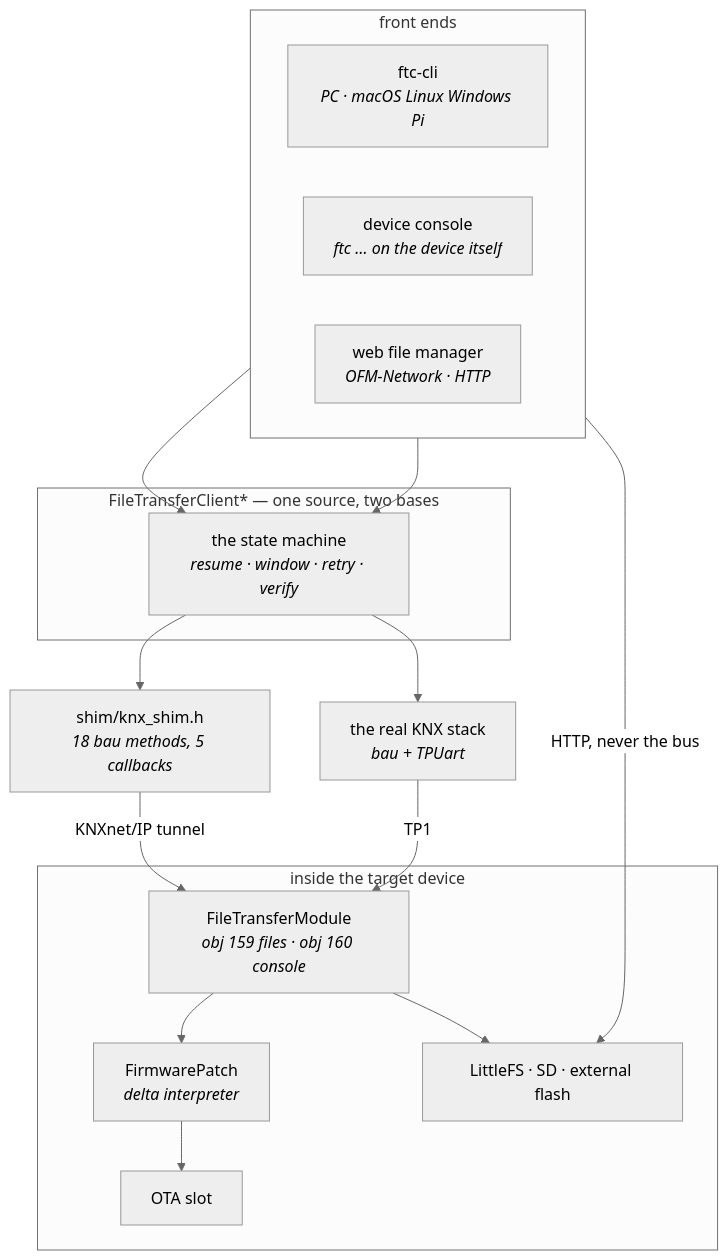
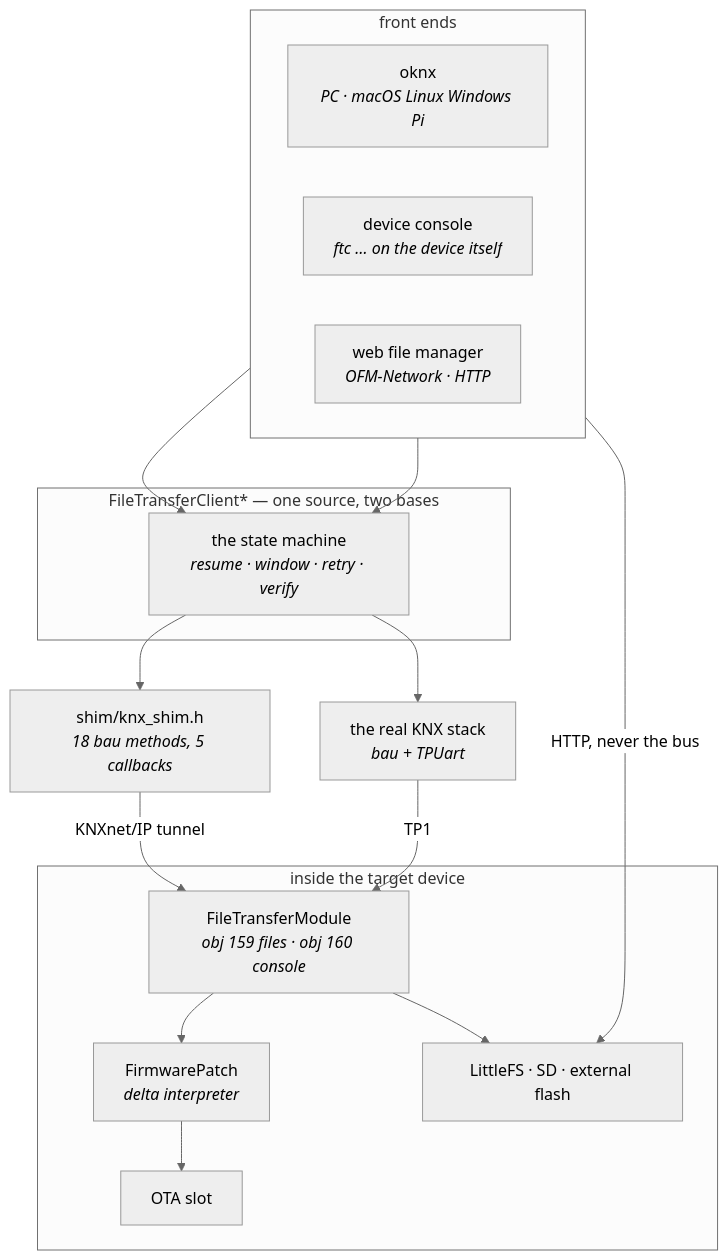
Before and after one commit to OpenKNX/OFM-FileTransferModule: the diagram in doc/reference/architecture.md, drawn with Mermaid (neutral theme). The commit also changed other lines of this file and 98 other files, not shown here.

First line of the commit message:
refactor - oknx: rename the desktop tool from ftc to oknx

````diff
--- a/doc/reference/architecture.md
+++ b/doc/reference/architecture.md
@@ -8,34 +8,34 @@
 ```mermaid
 flowchart TB
     subgraph FE["front ends"]
         direction LR
-        cli["ftc-cli<br/><i>PC · macOS Linux Windows Pi</i>"]
+        cli["oknx<br/><i>PC · macOS Linux Windows Pi</i>"]
         dcon["device console<br/><i>ftc … on the device itself</i>"]
         web["web file manager<br/><i>OFM-Network · HTTP</i>"]
     end
 
     subgraph CLIENT["FileTransferClient* — one source, two bases"]
         sm["the state machine<br/><i>resume · window · retry · verify</i>"]
     end
 
     base1["shim/knx_shim.h<br/><i>18 bau methods, 5 callbacks</i>"]
     base2["the real KNX stack<br/><i>bau + TPUart</i>"]
 
     subgraph DEV["inside the target device"]
         srv["FileTransferModule<br/><i>obj 159 files · obj 160 console</i>"]
         patch["FirmwarePatch<br/><i>delta interpreter</i>"]
         drives["LittleFS · SD · external flash"]
         slot["OTA slot"]
     end
 
     cli --> sm
     dcon --> sm
     sm --> base1
     sm --> base2
     base1 -->|"KNXnet/IP tunnel"| srv
     base2 -->|"TP1"| srv
     web -->|"HTTP, never the bus"| drives
     srv --> drives
     srv --> patch
     patch --> slot
 ```
````
